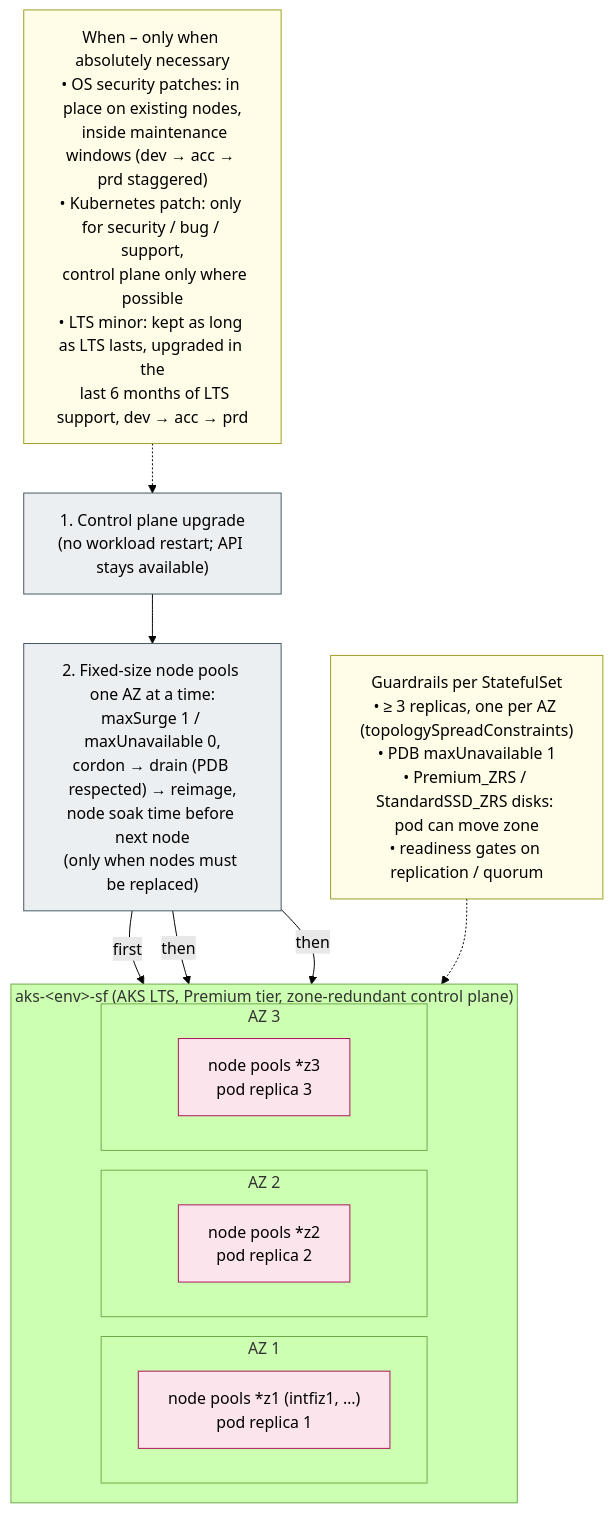
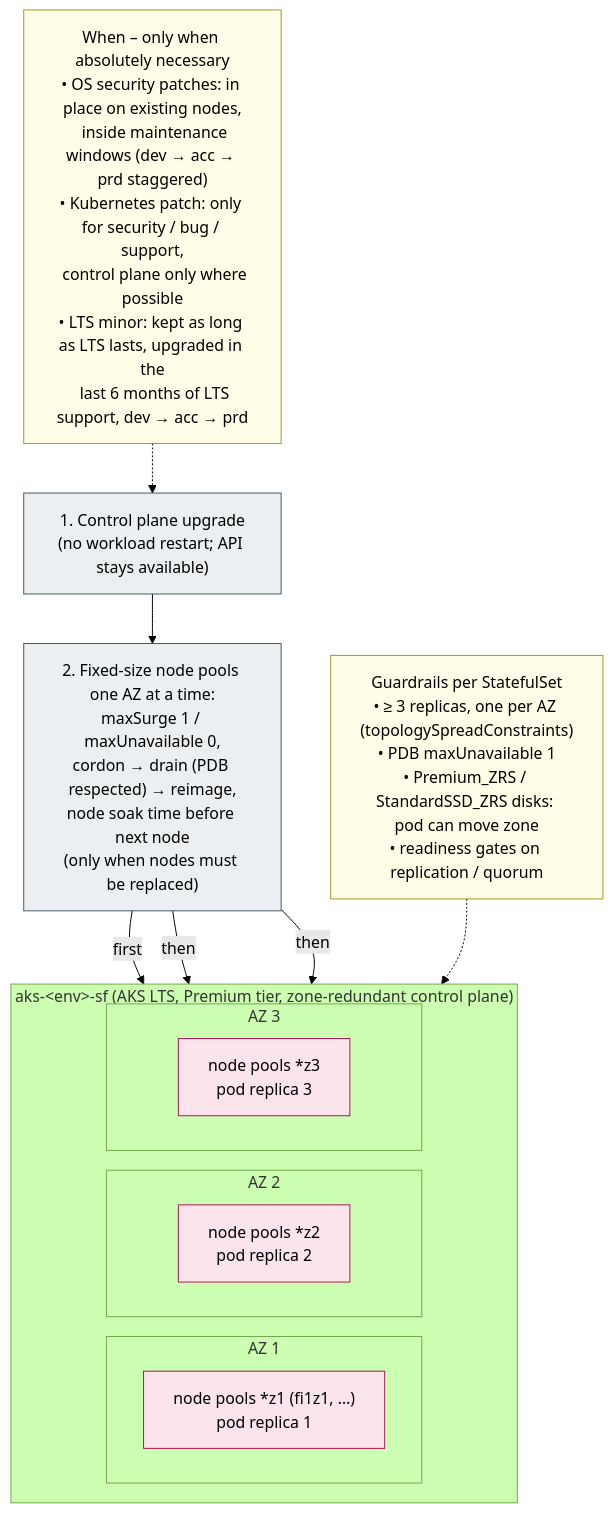
One commit to onek8s/onek8s.github.io changed the diagram in diagrams/3.5-stateful-upgrade.mmd. Above: the diagram before and after it, drawn with Mermaid (forest theme). The commit also changed 15 other files, not shown here.

First line of the commit message:
v4.10: page 3.6, node pool upgrades rolling or blue/green with pros and cons; zone pools named by generation (#127)

```diff
--- a/diagrams/3.5-stateful-upgrade.mmd
+++ b/diagrams/3.5-stateful-upgrade.mmd
@@ -1,34 +1,34 @@
 %% Zero-downtime upgrade of the single zone-redundant stateful cluster: in-place, one availability zone at a time,
 %% protected by PodDisruptionBudgets and zone-redundant storage.
 flowchart TB
     subgraph SF["aks-&lt;env&gt;-sf (AKS LTS, Premium tier, zone-redundant control plane)"]
         direction LR
         subgraph Z1["AZ 1"]
-            n1["node pools *z1 (intfiz1, …)<br/>pod replica 1"]
+            n1["node pools *z1 (fi1z1, …)<br/>pod replica 1"]
         end
         subgraph Z2["AZ 2"]
             n2["node pools *z2<br/>pod replica 2"]
         end
         subgraph Z3["AZ 3"]
             n3["node pools *z3<br/>pod replica 3"]
         end
     end
 
     cp["1. Control plane upgrade<br/>(no workload restart; API stays available)"]
     np["2. Fixed-size node pools one AZ at a time:<br/>maxSurge 1 / maxUnavailable 0,<br/>cordon → drain (PDB respected) → reimage,<br/>node soak time before next node<br/>(only when nodes must be replaced)"]
     pdb["Guardrails per StatefulSet<br/>• ≥ 3 replicas, one per AZ (topologySpreadConstraints)<br/>• PDB maxUnavailable 1<br/>• Premium_ZRS / StandardSSD_ZRS disks: pod can move zone<br/>• readiness gates on replication / quorum"]
     when["When – only when absolutely necessary<br/>• OS security patches: in place on existing nodes,<br/>  inside maintenance windows (dev → acc → prd staggered)<br/>• Kubernetes patch: only for security / bug / support,<br/>  control plane only where possible<br/>• LTS minor: kept as long as LTS lasts, upgraded in the<br/>  last 6 months of LTS support, dev → acc → prd"]
 
     cp --> np
     np -->|"first"| n1
     np -->|"then"| n2
     np -->|"then"| n3
     pdb -.-> SF
     when -.-> cp
 
     classDef sf fill:#fce4ec,stroke:#ad1457,color:#000
     classDef note fill:#fffde7,stroke:#9e9d24,color:#000
     classDef cp fill:#eceff1,stroke:#455a64,color:#000
     class n1,n2,n3 sf
     class pdb,when note
     class cp,np cp
```
